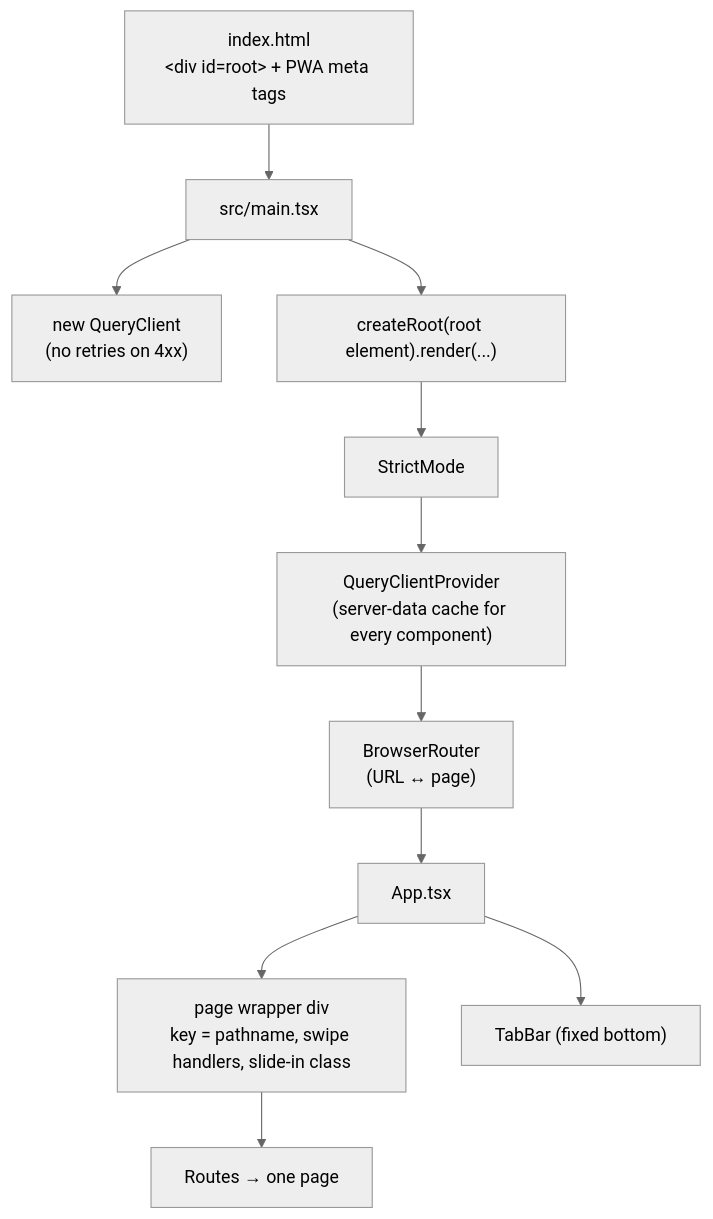
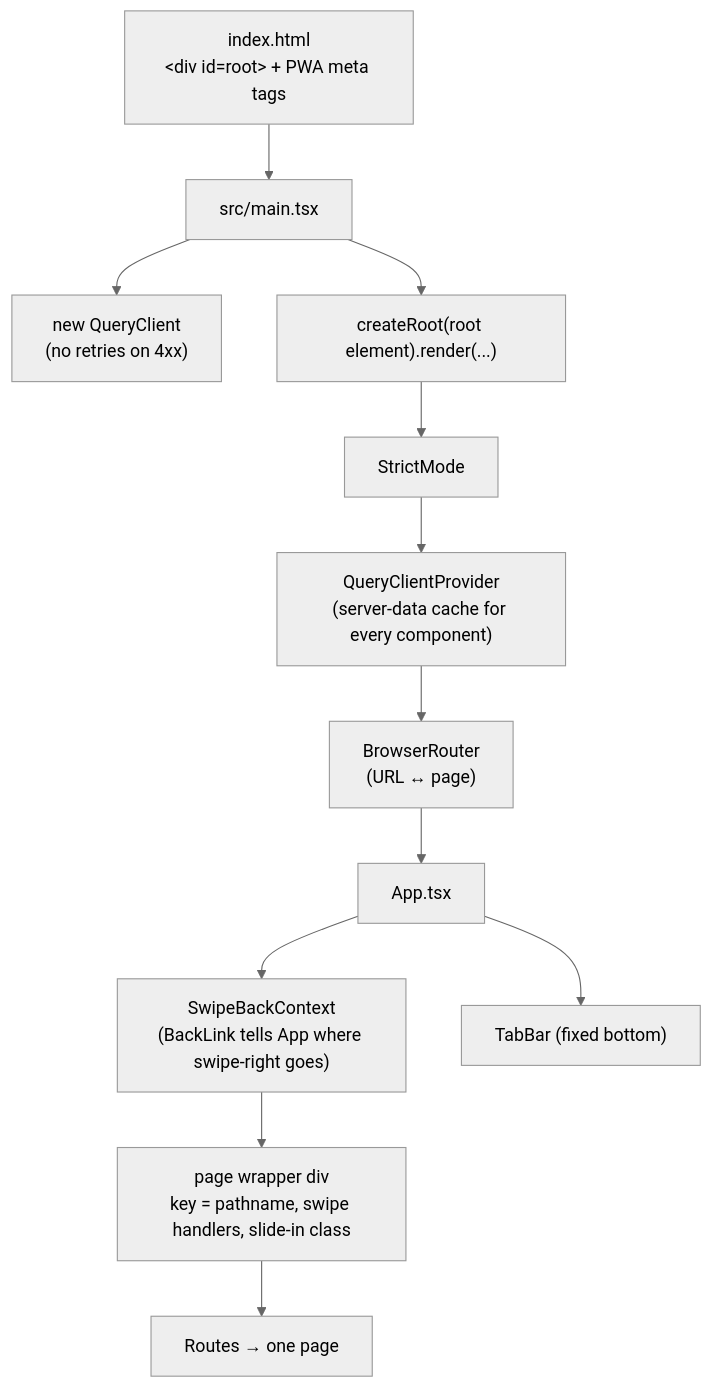
The first of 3 diagrams in docs/06-frontend/README.md (coopermay/fitness-tracker), drawn with Mermaid (neutral theme) before and after one commit. The commit also changed other lines of this file and 16 other files, not shown here.

Commit message:
Weekly split on its own page; swipe right to go back from nested pages

````diff
--- a/docs/06-frontend/README.md
+++ b/docs/06-frontend/README.md
@@ -19,13 +19,14 @@
 ```mermaid
 flowchart TD
     HTML["index.html<br/>&lt;div id=root&gt; + PWA meta tags"] --> MAIN["src/main.tsx"]
     MAIN --> QC["new QueryClient<br/>(no retries on 4xx)"]
     MAIN --> TREE["createRoot(root element).render(...)"]
     TREE --> SM["StrictMode"]
     SM --> QCP["QueryClientProvider<br/>(server-data cache for every component)"]
     QCP --> BR["BrowserRouter<br/>(URL ↔ page)"]
     BR --> APP["App.tsx"]
-    APP --> WRAP["page wrapper div<br/>key = pathname, swipe handlers, slide-in class"]
+    APP --> CTX["SwipeBackContext<br/>(BackLink tells App where swipe-right goes)"]
+    CTX --> WRAP["page wrapper div<br/>key = pathname, swipe handlers, slide-in class"]
     WRAP --> ROUTES["Routes → one page"]
     APP --> TAB["TabBar (fixed bottom)"]
 ```
````
